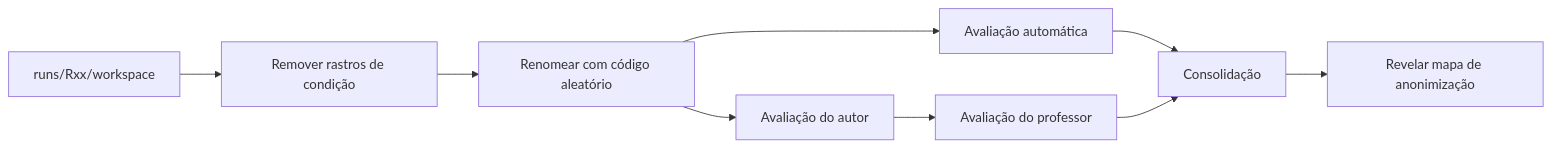
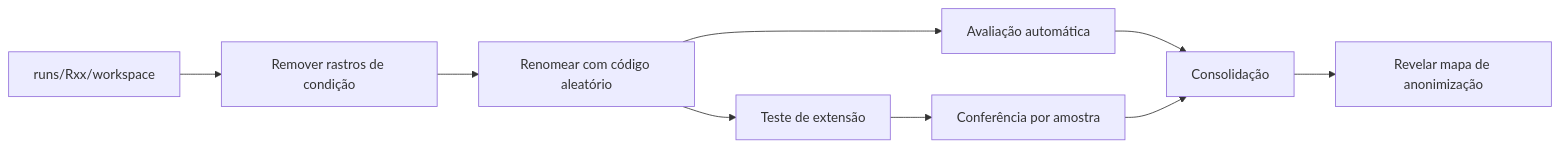
One commit to FLucasF/TCC changed the second of 2 diagrams in docs/plano.md. Above: the diagram before and after it, drawn with Mermaid. The commit also changed other lines of this file, not shown here.

````diff
--- a/docs/plano.md
+++ b/docs/plano.md
@@ -905,11 +911,11 @@
 ```mermaid
 flowchart LR
     A[runs/Rxx/workspace] --> B[Remover rastros de condição]
     B --> C[Renomear com código aleatório]
     C --> D[Avaliação automática]
-    C --> E[Avaliação do autor]
-    E --> F[Avaliação do professor]
+    C --> E[Teste de extensão]
+    E --> F[Conferência por amostra]
     D --> G[Consolidação]
     F --> G
     G --> H[Revelar mapa de anonimização]
 ```
````
